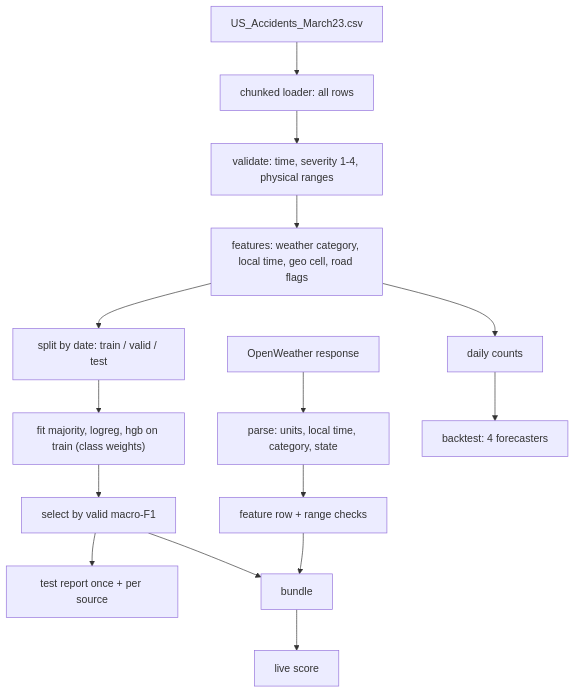
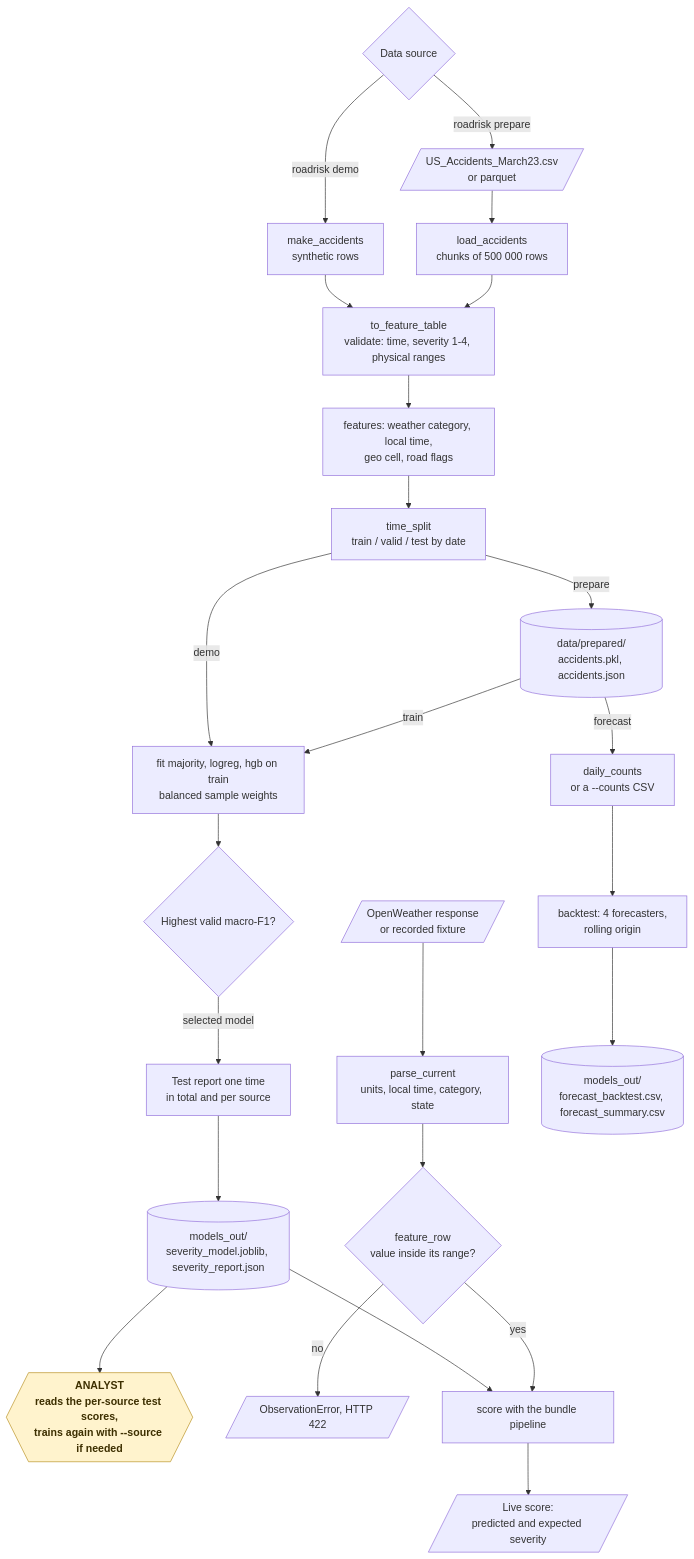
One commit to KrishnaAnnavaram/roadrisk-live changed the fifth of 15 diagrams in README.md. Above: the diagram before and after it, drawn with Mermaid. The commit also changed other lines of this file, not shown here.

Commit message:
Add the workflow diagrams to the README

````diff
--- a/README.md
+++ b/README.md
@@ -208,16 +266,29 @@
 ```mermaid
-flowchart TB
-    RAW["US_Accidents_March23.csv"] --> LOAD["chunked loader: all rows"]
-    LOAD --> VAL["validate: time, severity 1-4, physical ranges"]
-    VAL --> FEAT["features: weather category, local time, geo cell, road flags"]
-    FEAT --> SPLIT["split by date: train / valid / test"]
-    SPLIT --> FIT["fit majority, logreg, hgb on train (class weights)"]
-    FIT --> SEL["select by valid macro-F1"]
-    SEL --> TEST["test report once + per source"]
-    SEL --> BUN["bundle"]
-    OW["OpenWeather response"] --> PARSE["parse: units, local time, category, state"]
-    PARSE --> ROW["feature row + range checks"]
-    ROW --> BUN
-    BUN --> SCORE["live score"]
-    FEAT --> CNT["daily counts"] --> BT["backtest: 4 forecasters"]
+flowchart TD
+    SRCQ{"Data source"} -- "roadrisk prepare" --> RAW[/"US_Accidents_March23.csv<br/>or parquet"/]
+    SRCQ -- "roadrisk demo" --> SYN["make_accidents<br/>synthetic rows"]
+    RAW --> LOAD["load_accidents<br/>chunks of 500 000 rows"]
+    LOAD --> VAL["to_feature_table<br/>validate: time, severity 1-4, physical ranges"]
+    SYN --> VAL
+    VAL --> FEAT["features: weather category, local time,<br/>geo cell, road flags"]
+    FEAT --> SPLIT["time_split<br/>train / valid / test by date"]
+    SPLIT -- "prepare" --> PREP[("data/prepared/<br/>accidents.pkl, accidents.json")]
+    PREP -- "train" --> FIT["fit majority, logreg, hgb on train<br/>balanced sample weights"]
+    SPLIT -- "demo" --> FIT
+    FIT --> SEL{"Highest valid macro-F1?"}
+    SEL -- "selected model" --> TEST["Test report one time<br/>in total and per source"]
+    TEST --> STORE[("models_out/<br/>severity_model.joblib, severity_report.json")]
+    STORE --> REVIEW{{"ANALYST<br/>reads the per-source test scores,<br/>trains again with --source if needed"}}
+    OW[/"OpenWeather response<br/>or recorded fixture"/] --> PARSE["parse_current<br/>units, local time, category, state"]
+    PARSE --> ROW{"feature_row<br/>value inside its range?"}
+    ROW -- "no" --> REF[/"ObservationError, HTTP 422"/]
+    ROW -- "yes" --> SCORE["score with the bundle pipeline"]
+    STORE --> SCORE
+    SCORE --> LIVE[/"Live score:<br/>predicted and expected severity"/]
+    PREP -- "forecast" --> CNT["daily_counts<br/>or a --counts CSV"]
+    CNT --> BT["backtest: 4 forecasters,<br/>rolling origin"]
+    BT --> FOUT[("models_out/<br/>forecast_backtest.csv, forecast_summary.csv")]
+
+    classDef human fill:#fff3cd,stroke:#b8901f,color:#3d2f00,font-weight:bold
+    class REVIEW human
 ```
````
